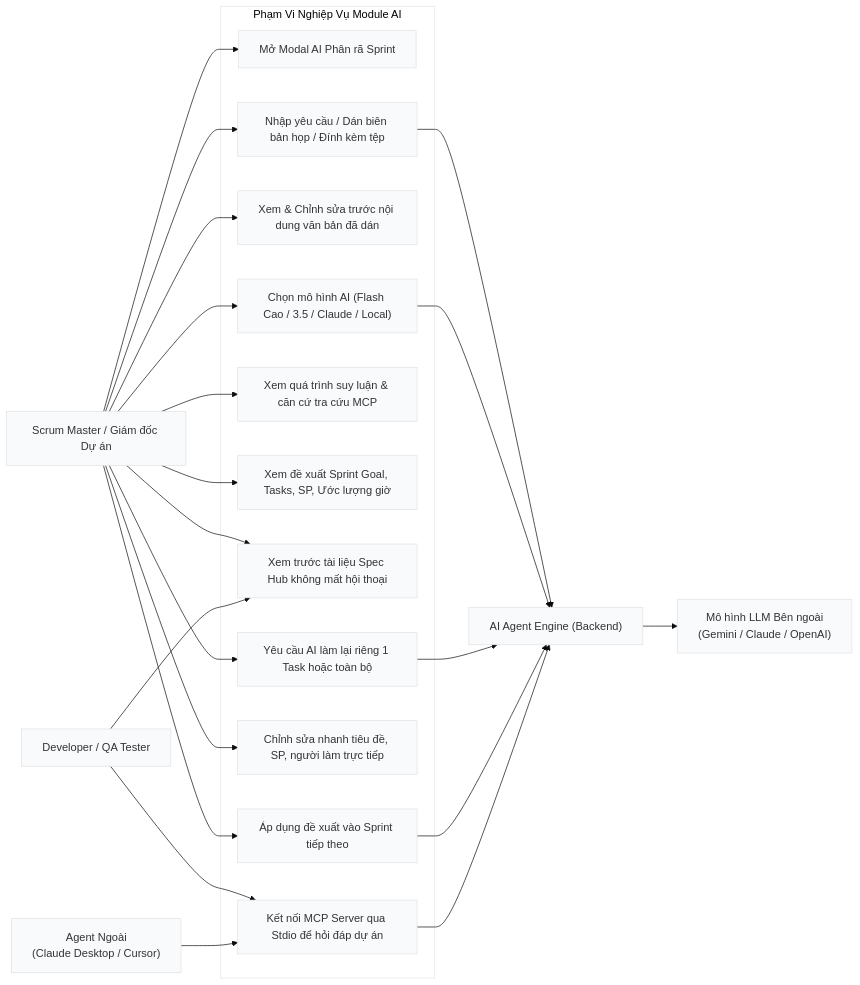
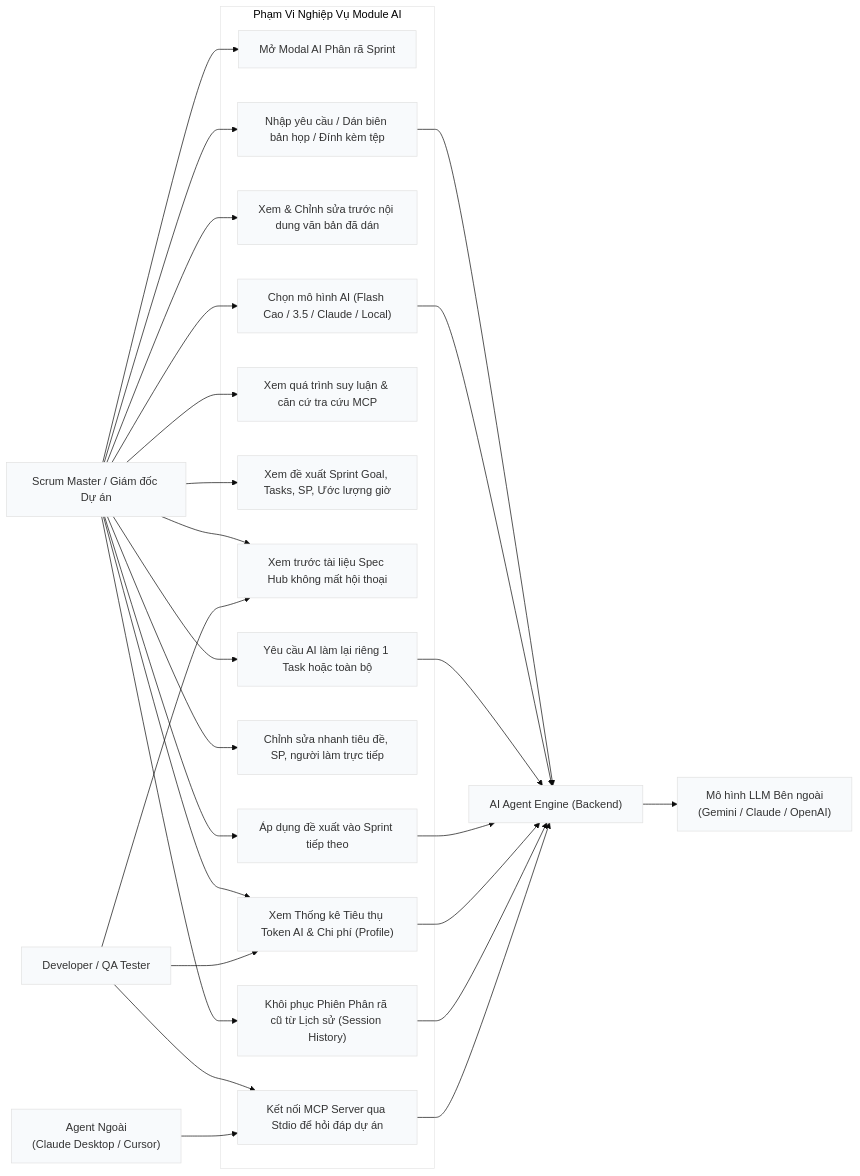
Before and after one commit to TranHoang2k40525/ProjectMgmt: the second of 2 diagrams in docs/ai/01-kien-truc-tong-quan-va-use-case.md, drawn with Mermaid. The commit also changed other lines of this file and 4 other files, not shown here.

Commit message:
docs(ai): update architecture, sequence, memory and defense guides for new features

````diff
--- a/docs/ai/01-kien-truc-tong-quan-va-use-case.md
+++ b/docs/ai/01-kien-truc-tong-quan-va-use-case.md
@@ -82,45 +87,52 @@
 ```mermaid
 %%{init: {"theme": "base", "themeVariables": {"primaryColor": "#f8fafc", "edgeLabelBackground":"#ffffff"}}}%%
 flowchart LR
     SM["Scrum Master / Giám đốc Dự án"]
     DEV["Developer / QA Tester"]
     AI["AI Agent Engine (Backend)"]
     EXT["Mô hình LLM Bên ngoài\n(Gemini / Claude / OpenAI)"]
     EXT_AGENT["Agent Ngoài\n(Claude Desktop / Cursor)"]
 
     subgraph UC["Phạm Vi Nghiệp Vụ Module AI"]
         UC1["Mở Modal AI Phân rã Sprint"]
         UC2["Nhập yêu cầu / Dán biên bản họp / Đính kèm tệp"]
         UC3["Xem & Chỉnh sửa trước nội dung văn bản đã dán"]
         UC4["Chọn mô hình AI (Flash Cao / 3.5 / Claude / Local)"]
         UC5["Xem quá trình suy luận & căn cứ tra cứu MCP"]
         UC6["Xem đề xuất Sprint Goal, Tasks, SP, Ước lượng giờ"]
         UC7["Xem trước tài liệu Spec Hub không mất hội thoại"]
         UC8["Yêu cầu AI làm lại riêng 1 Task hoặc toàn bộ"]
         UC9["Chỉnh sửa nhanh tiêu đề, SP, người làm trực tiếp"]
         UC10["Áp dụng đề xuất vào Sprint tiếp theo"]
         UC11["Kết nối MCP Server qua Stdio để hỏi đáp dự án"]
+        UC12["Xem Thống kê Tiêu thụ Token AI & Chi phí (Profile)"]
+        UC13["Khôi phục Phiên Phân rã cũ từ Lịch sử (Session History)"]
     end
 
     SM --> UC1
     SM --> UC2
     SM --> UC3
     SM --> UC4
     SM --> UC5
     SM --> UC6
     SM --> UC7
     SM --> UC8
     SM --> UC9
     SM --> UC10
+    SM --> UC12
+    SM --> UC13
 
     DEV --> UC7
     DEV --> UC11
+    DEV --> UC12
 
     UC2 --> AI
     UC4 --> AI
     UC8 --> AI
     UC10 --> AI
+    UC12 --> AI
+    UC13 --> AI
     AI --> EXT
     EXT_AGENT --> UC11
     UC11 --> AI
 ```
````
